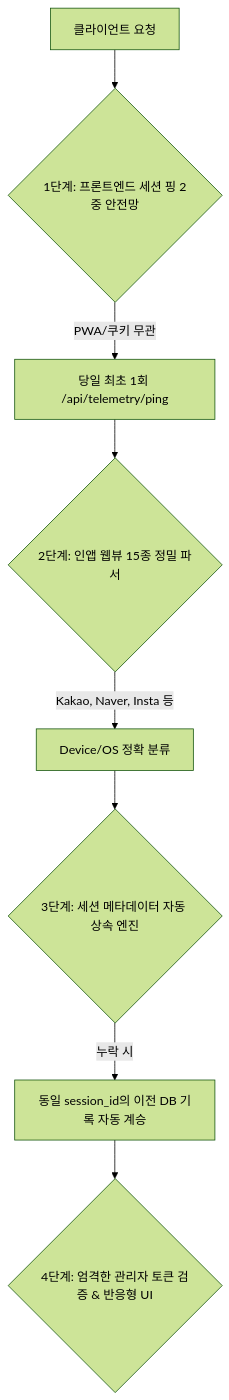
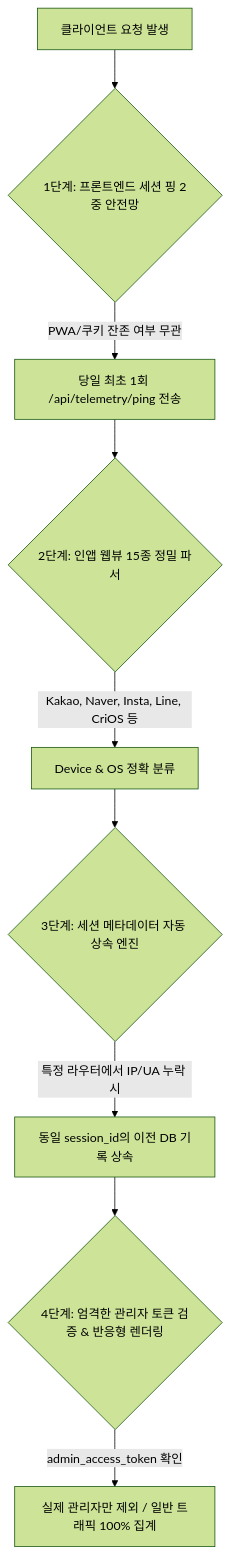
The diagram in content/posts/picksafe/2026-08-29-운영-텔레메트리-기기-판별-및-IP-추적-4중-원천-방어벽-설계.md (daniel-dataflow/daniel-dataflow.github.io), drawn with Mermaid (forest theme) before and after one commit. The commit also changed other lines of this file and 61 other files, not shown here.

````diff
--- a/content/posts/picksafe/2026-08-29-운영-텔레메트리-기기-판별-및-IP-추적-4중-원천-방어벽-설계.md
+++ b/content/posts/picksafe/2026-08-29-운영-텔레메트리-기기-판별-및-IP-추적-4중-원천-방어벽-설계.md
@@ -33,10 +35,11 @@
 ```mermaid
 flowchart TD
-    A[클라이언트 요청] --> B{1단계: 프론트엔드 세션 핑 2중 안전망}
-    B -->|PWA/쿠키 무관| C[당일 최초 1회 /api/telemetry/ping]
+    A[클라이언트 요청 발생] --> B{1단계: 프론트엔드 세션 핑 2중 안전망}
+    B -->|PWA/쿠키 잔존 여부 무관| C[당일 최초 1회 /api/telemetry/ping 전송]
     C --> D{2단계: 인앱 웹뷰 15종 정밀 파서}
-    D -->|Kakao, Naver, Insta 등| E[Device/OS 정확 분류]
+    D -->|Kakao, Naver, Insta, Line, CriOS 등| E[Device & OS 정확 분류]
     E --> F{3단계: 세션 메타데이터 자동 상속 엔진}
-    F -->|누락 시| G[동일 session_id의 이전 DB 기록 자동 계승]
-    G --> H{4단계: 엄격한 관리자 토큰 검증 & 반응형 UI}
+    F -->|특정 라우터에서 IP/UA 누락 시| G[동일 session_id의 이전 DB 기록 상속]
+    G --> H{4단계: 엄격한 관리자 토큰 검증 & 반응형 렌더링}
+    H -->|admin_access_token 확인| I[실제 관리자만 제외 / 일반 트래픽 100% 집계]
 ```
````
